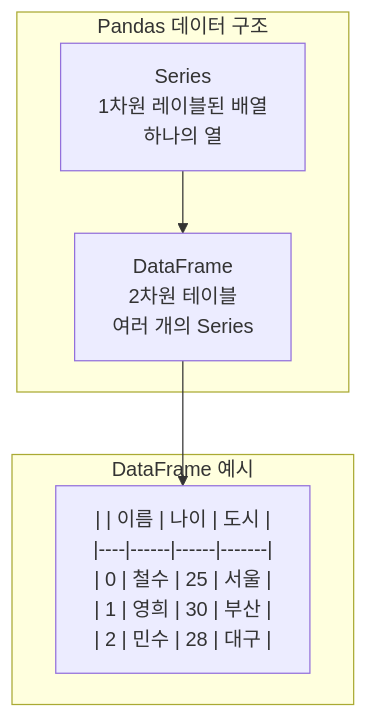
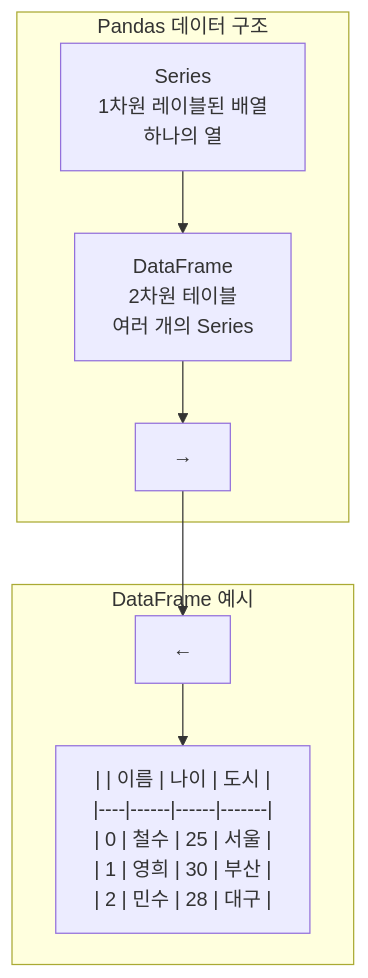
Before and after one commit to jingu279/Document: the third of 5 diagrams in ai-programming/01_서론/04_Python_데이터과학.md, drawn with Mermaid. The commit also changed 5 other files, not shown here.

First line of the commit message:
Fix all cross-subgraph Mermaid connections + reserved keywords

````diff
--- a/ai-programming/01_서론/04_Python_데이터과학.md
+++ b/ai-programming/01_서론/04_Python_데이터과학.md
@@ -325,14 +325,15 @@
 ```mermaid
 flowchart TB
   subgraph Pandas_Struct[Pandas 데이터 구조]
     Series["Series<br/>1차원 레이블된 배열<br/>하나의 열"]
     DF["DataFrame<br/>2차원 테이블<br/>여러 개의 Series"]
+    DF --> Pandas_Out
   end
-
+  Pandas_Out["→"]
   subgraph DF_Visual[DataFrame 예시]
-    DF_Table["|    | 이름 | 나이 | 도시  |<br/>|----|------|------|-------|<br/>| 0  | 철수 |  25  | 서울  |<br/>| 1  | 영희 |  30  | 부산  |<br/>| 2  | 민수 |  28  | 대구  |"]
+    DF_Visual_In["←"] --> DF_Table["|    | 이름 | 나이 | 도시  |<br/>|----|------|------|-------|<br/>| 0  | 철수 |  25  | 서울  |<br/>| 1  | 영희 |  30  | 부산  |<br/>| 2  | 민수 |  28  | 대구  |"]
   end
+  Pandas_Out --> DF_Visual_In
 
   Series --> DF
-  DF --> DF_Table
 ```
````
